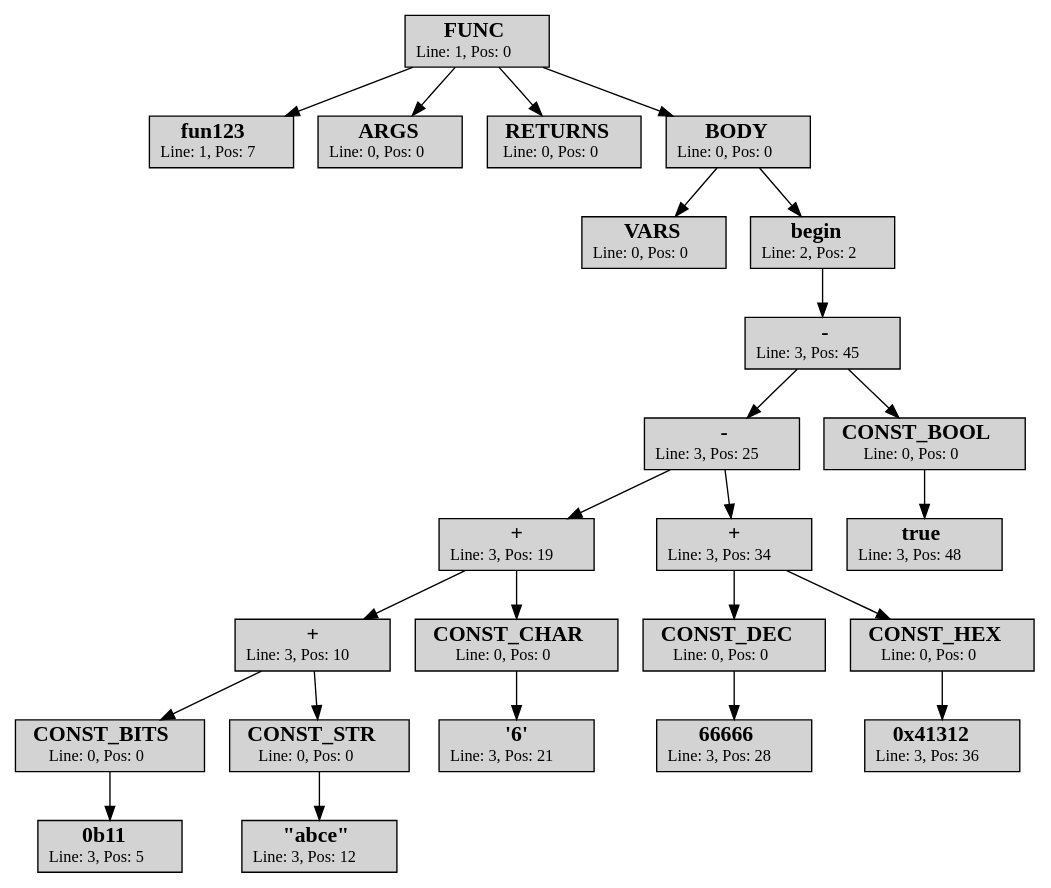
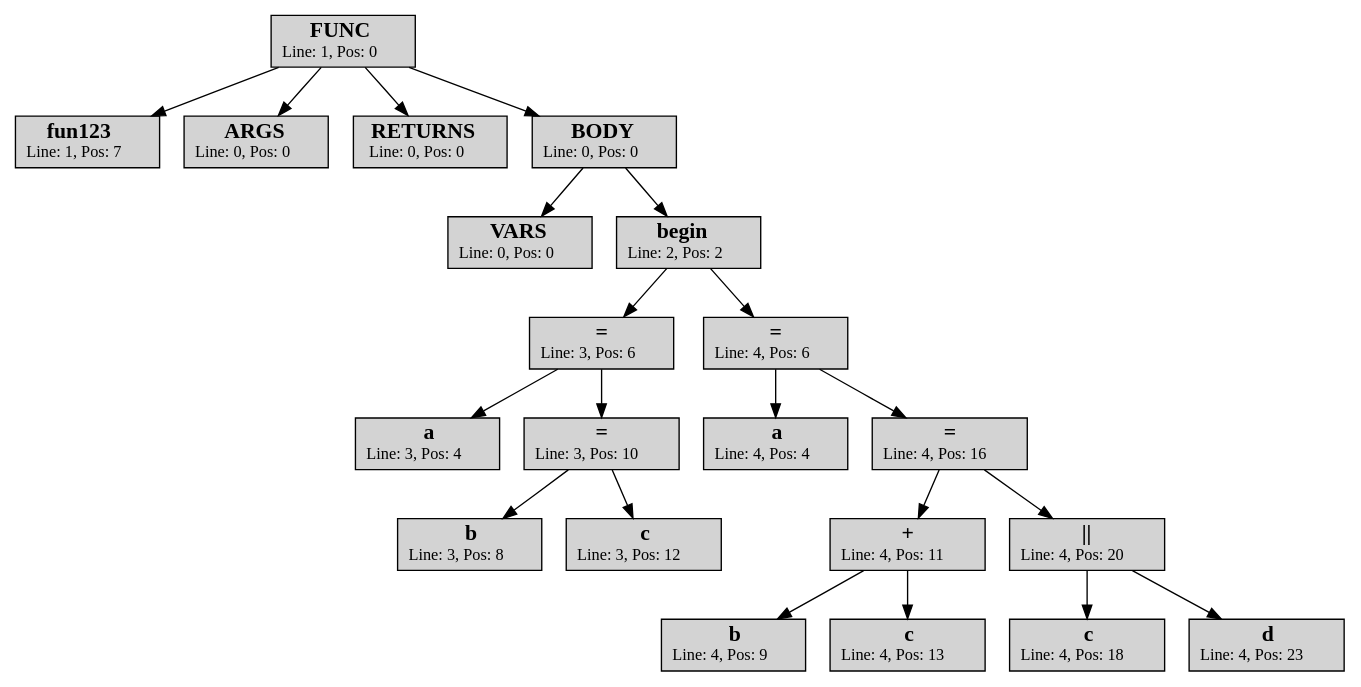
The diagram in Year-5/System-software/lab-1/io/output.dot (klephron/itmo), drawn with Graphviz before and after one commit. The commit also changed 3 other files, not shown here.

```diff
--- a/Year-5/System-software/lab-1/io/output.dot
+++ b/Year-5/System-software/lab-1/io/output.dot
@@ -1,50 +1,44 @@
 strict digraph AST{
 node [shape=rect, style=filled]
 id_1[label=< <FONT POINT-SIZE="16"><b>FUNC</b></FONT><br/><FONT POINT-SIZE="12">Line: 1, Pos: 0</FONT> >]
 id_2[label=< <FONT POINT-SIZE="16"><b>fun123</b></FONT><br/><FONT POINT-SIZE="12">Line: 1, Pos: 7</FONT> >]
 id_3[label=< <FONT POINT-SIZE="16"><b>ARGS</b></FONT><br/><FONT POINT-SIZE="12">Line: 0, Pos: 0</FONT> >]
 id_4[label=< <FONT POINT-SIZE="16"><b>RETURNS</b></FONT><br/><FONT POINT-SIZE="12">Line: 0, Pos: 0</FONT> >]
 id_5[label=< <FONT POINT-SIZE="16"><b>BODY</b></FONT><br/><FONT POINT-SIZE="12">Line: 0, Pos: 0</FONT> >]
 id_6[label=< <FONT POINT-SIZE="16"><b>VARS</b></FONT><br/><FONT POINT-SIZE="12">Line: 0, Pos: 0</FONT> >]
 id_7[label=< <FONT POINT-SIZE="16"><b>begin</b></FONT><br/><FONT POINT-SIZE="12">Line: 2, Pos: 2</FONT> >]
-id_8[label=< <FONT POINT-SIZE="16"><b>-</b></FONT><br/><FONT POINT-SIZE="12">Line: 3, Pos: 45</FONT> >]
-id_9[label=< <FONT POINT-SIZE="16"><b>-</b></FONT><br/><FONT POINT-SIZE="12">Line: 3, Pos: 25</FONT> >]
-id_10[label=< <FONT POINT-SIZE="16"><b>+</b></FONT><br/><FONT POINT-SIZE="12">Line: 3, Pos: 19</FONT> >]
-id_11[label=< <FONT POINT-SIZE="16"><b>+</b></FONT><br/><FONT POINT-SIZE="12">Line: 3, Pos: 10</FONT> >]
-id_12[label=< <FONT POINT-SIZE="16"><b>CONST_BITS</b></FONT><br/><FONT POINT-SIZE="12">Line: 0, Pos: 0</FONT> >]
-id_13[label=< <FONT POINT-SIZE="16"><b>0b11</b></FONT><br/><FONT POINT-SIZE="12">Line: 3, Pos: 5</FONT> >]
-id_14[label=< <FONT POINT-SIZE="16"><b>CONST_STR</b></FONT><br/><FONT POINT-SIZE="12">Line: 0, Pos: 0</FONT> >]
-id_15[label=< <FONT POINT-SIZE="16"><b>&quot;abce&quot;</b></FONT><br/><FONT POINT-SIZE="12">Line: 3, Pos: 12</FONT> >]
-id_16[label=< <FONT POINT-SIZE="16"><b>CONST_CHAR</b></FONT><br/><FONT POINT-SIZE="12">Line: 0, Pos: 0</FONT> >]
-id_17[label=< <FONT POINT-SIZE="16"><b>&#39;6&#39;</b></FONT><br/><FONT POINT-SIZE="12">Line: 3, Pos: 21</FONT> >]
-id_18[label=< <FONT POINT-SIZE="16"><b>+</b></FONT><br/><FONT POINT-SIZE="12">Line: 3, Pos: 34</FONT> >]
-id_19[label=< <FONT POINT-SIZE="16"><b>CONST_DEC</b></FONT><br/><FONT POINT-SIZE="12">Line: 0, Pos: 0</FONT> >]
-id_20[label=< <FONT POINT-SIZE="16"><b>66666</b></FONT><br/><FONT POINT-SIZE="12">Line: 3, Pos: 28</FONT> >]
-id_21[label=< <FONT POINT-SIZE="16"><b>CONST_HEX</b></FONT><br/><FONT POINT-SIZE="12">Line: 0, Pos: 0</FONT> >]
-id_22[label=< <FONT POINT-SIZE="16"><b>0x41312</b></FONT><br/><FONT POINT-SIZE="12">Line: 3, Pos: 36</FONT> >]
-id_23[label=< <FONT POINT-SIZE="16"><b>CONST_BOOL</b></FONT><br/><FONT POINT-SIZE="12">Line: 0, Pos: 0</FONT> >]
-id_24[label=< <FONT POINT-SIZE="16"><b>true</b></FONT><br/><FONT POINT-SIZE="12">Line: 3, Pos: 48</FONT> >]
+id_8[label=< <FONT POINT-SIZE="16"><b>=</b></FONT><br/><FONT POINT-SIZE="12">Line: 3, Pos: 6</FONT> >]
+id_9[label=< <FONT POINT-SIZE="16"><b>a</b></FONT><br/><FONT POINT-SIZE="12">Line: 3, Pos: 4</FONT> >]
+id_10[label=< <FONT POINT-SIZE="16"><b>=</b></FONT><br/><FONT POINT-SIZE="12">Line: 3, Pos: 10</FONT> >]
+id_11[label=< <FONT POINT-SIZE="16"><b>b</b></FONT><br/><FONT POINT-SIZE="12">Line: 3, Pos: 8</FONT> >]
+id_12[label=< <FONT POINT-SIZE="16"><b>c</b></FONT><br/><FONT POINT-SIZE="12">Line: 3, Pos: 12</FONT> >]
+id_13[label=< <FONT POINT-SIZE="16"><b>=</b></FONT><br/><FONT POINT-SIZE="12">Line: 4, Pos: 6</FONT> >]
+id_14[label=< <FONT POINT-SIZE="16"><b>a</b></FONT><br/><FONT POINT-SIZE="12">Line: 4, Pos: 4</FONT> >]
+id_15[label=< <FONT POINT-SIZE="16"><b>=</b></FONT><br/><FONT POINT-SIZE="12">Line: 4, Pos: 16</FONT> >]
+id_16[label=< <FONT POINT-SIZE="16"><b>+</b></FONT><br/><FONT POINT-SIZE="12">Line: 4, Pos: 11</FONT> >]
+id_17[label=< <FONT POINT-SIZE="16"><b>b</b></FONT><br/><FONT POINT-SIZE="12">Line: 4, Pos: 9</FONT> >]
+id_18[label=< <FONT POINT-SIZE="16"><b>c</b></FONT><br/><FONT POINT-SIZE="12">Line: 4, Pos: 13</FONT> >]
+id_19[label=< <FONT POINT-SIZE="16"><b>||</b></FONT><br/><FONT POINT-SIZE="12">Line: 4, Pos: 20</FONT> >]
+id_20[label=< <FONT POINT-SIZE="16"><b>c</b></FONT><br/><FONT POINT-SIZE="12">Line: 4, Pos: 18</FONT> >]
+id_21[label=< <FONT POINT-SIZE="16"><b>d</b></FONT><br/><FONT POINT-SIZE="12">Line: 4, Pos: 23</FONT> >]
 id_1 -> id_2
 id_1 -> id_3
 id_1 -> id_4
 id_5 -> id_6
-id_12 -> id_13
-id_11 -> id_12
-id_14 -> id_15
-id_11 -> id_14
+id_8 -> id_9
 id_10 -> id_11
+id_10 -> id_12
+id_8 -> id_10
+id_7 -> id_8
+id_13 -> id_14
 id_16 -> id_17
-id_10 -> id_16
-id_9 -> id_10
+id_16 -> id_18
+id_15 -> id_16
 id_19 -> id_20
-id_18 -> id_19
-id_21 -> id_22
-id_18 -> id_21
-id_9 -> id_18
-id_8 -> id_9
-id_23 -> id_24
-id_8 -> id_23
-id_7 -> id_8
+id_19 -> id_21
+id_15 -> id_19
+id_13 -> id_15
+id_7 -> id_13
 id_5 -> id_7
 id_1 -> id_5
 }
```
